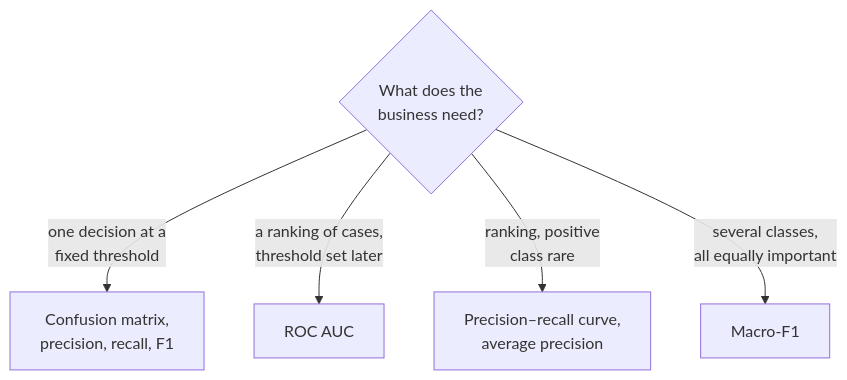
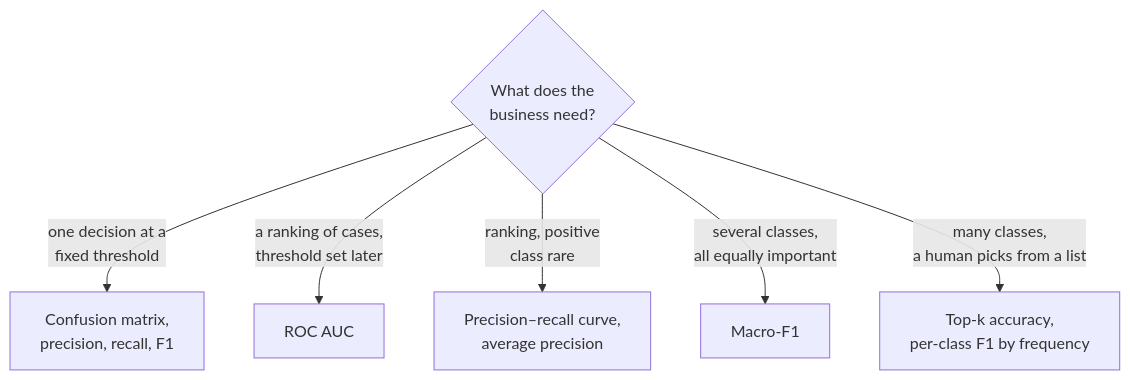
Before and after one commit to khoadaniel/statistical-programming-mpmd-htw-ws-2026: the diagram in sessions/08-classification-and-metrics/theory/02-classification-metrics.md, drawn with Mermaid. The commit also changed other lines of this file and 268 other files, not shown here.

````diff
--- a/sessions/08-classification-and-metrics/theory/02-classification-metrics.md
+++ b/sessions/08-classification-and-metrics/theory/02-classification-metrics.md
@@ -7,7 +7,8 @@
 ```mermaid
 flowchart TD
     Q{"What does the<br/>business need?"} -->|"one decision at a<br/>fixed threshold"| T["Confusion matrix,<br/>precision, recall, F1"]
     Q -->|"a ranking of cases,<br/>threshold set later"| R["ROC AUC"]
     Q -->|"ranking, positive<br/>class rare"| PR["Precision–recall curve,<br/>average precision"]
     Q -->|"several classes,<br/>all equally important"| MF["Macro-F1"]
+    Q -->|"many classes,<br/>a human picks from a list"| TK["Top-k accuracy,<br/>per-class F1 by frequency"]
 ```
````
